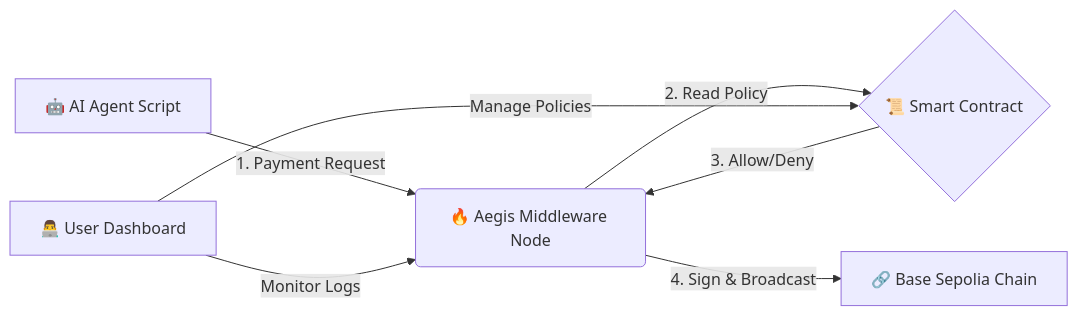
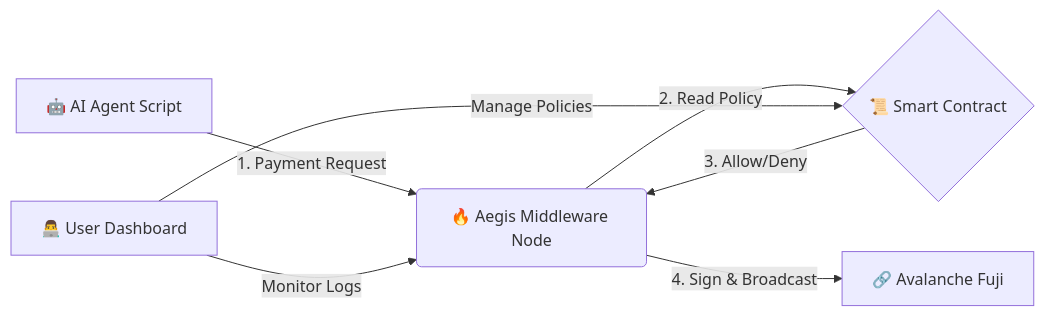
Before and after one commit to Animesh-Parashar/Aegis-Protocol: the diagram in README.md, drawn with Mermaid. The commit also changed other lines of this file, not shown here.

````diff
--- a/README.md
+++ b/README.md
@@ -81,9 +81,9 @@
 ```mermaid
 graph LR
     A[🤖 AI Agent Script] -- 1. Payment Request --> B(🔥 Aegis Middleware Node)
     B -- 2. Read Policy --> C{📜 Smart Contract}
     C -- 3. Allow/Deny --> B
-    B -- 4. Sign & Broadcast --> D[🔗 Base Sepolia Chain]
+    B -- 4. Sign & Broadcast --> D[🔗 Avalanche Fuji]
     E[👨‍💻 User Dashboard] -- Manage Policies --> C
     E -- Monitor Logs --> B
 ```
````
